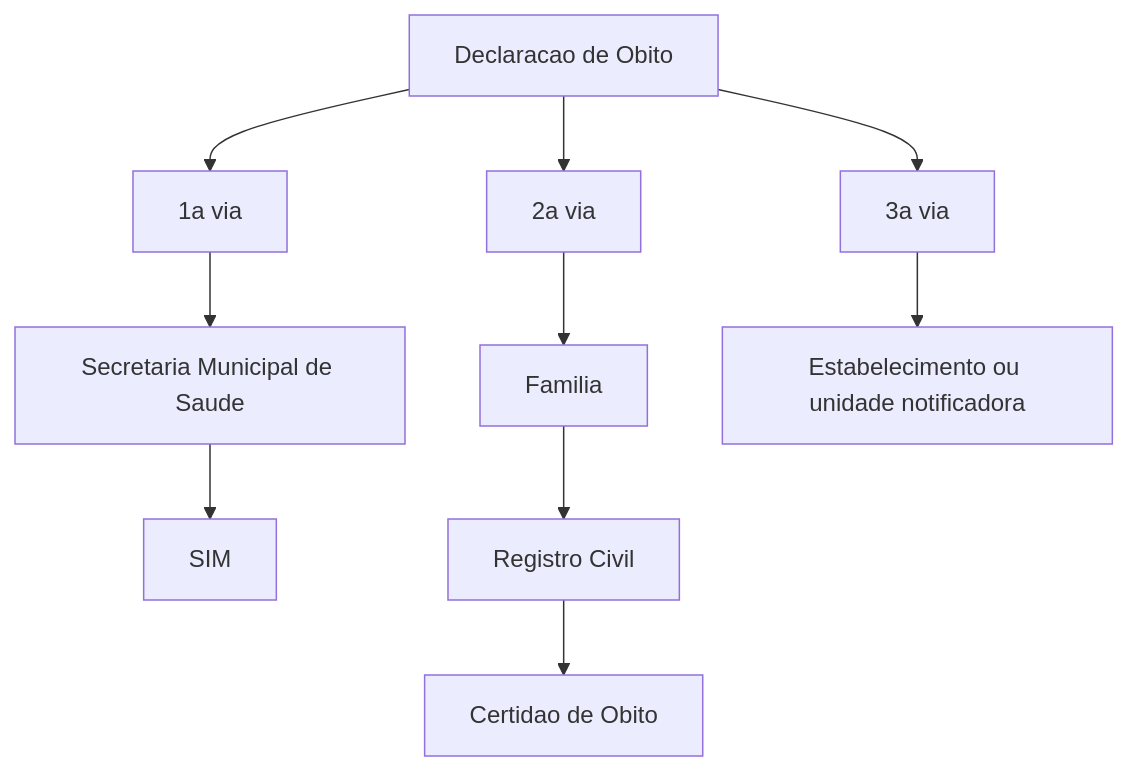
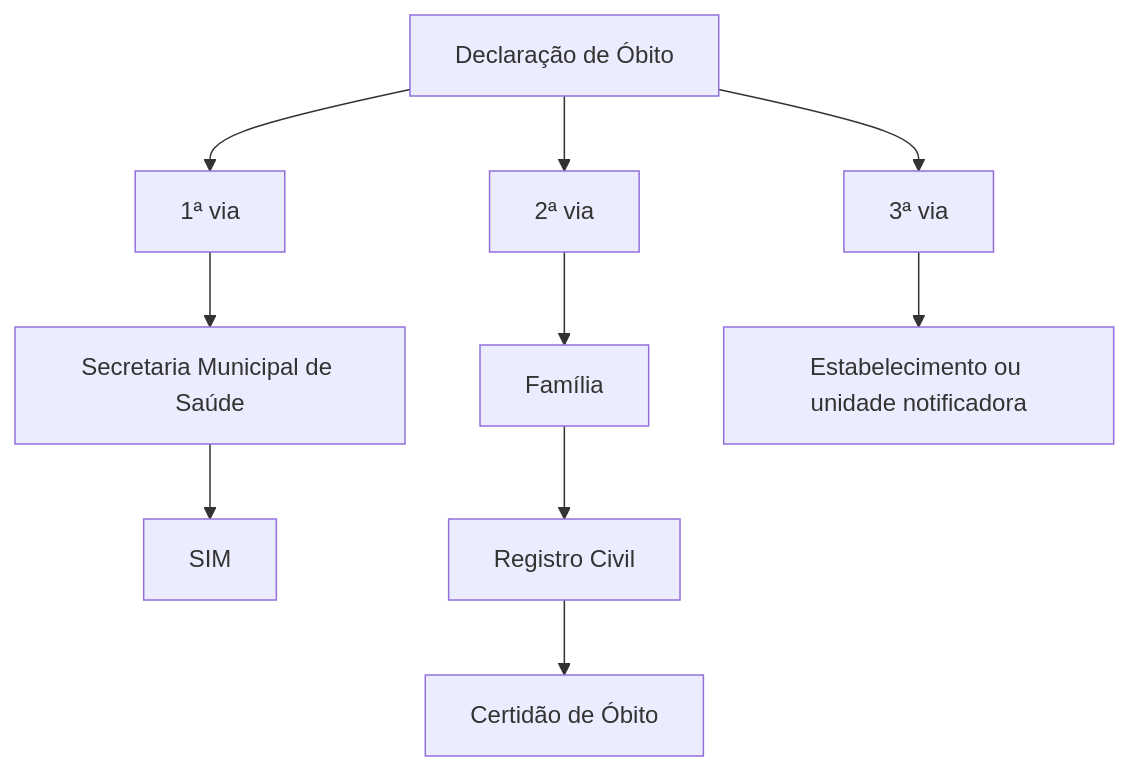
The diagram in sim.qmd (rfsaldanha/sis), drawn with Mermaid before and after one commit. The commit also changed other lines of this file and 65 other files, not shown here.

````diff
--- a/sim.qmd
+++ b/sim.qmd
@@ -119,17 +119,17 @@
 ```{mermaid}
 %%| fig-cap: "Fluxo de emissão e destinação das vias da Declaração de Óbito"
 %%| label: fig-sim-do
 flowchart TD
-  do[Declaracao de Obito] --> via1[1a via]
-  do --> via2[2a via]
-  do --> via3[3a via]
+  do[Declaração de Óbito] --> via1[1ª via]
+  do --> via2[2ª via]
+  do --> via3[3ª via]
 
-  via1 --> sms[Secretaria Municipal de Saude]
+  via1 --> sms[Secretaria Municipal de Saúde]
   sms --> sim[SIM]
 
-  via2 --> fam[Familia]
+  via2 --> fam[Família]
   fam --> rg[Registro Civil]
-  rg --> cert[Certidao de Obito]
+  rg --> cert[Certidão de Óbito]
 
   via3 --> es[Estabelecimento ou unidade notificadora]
 ```
````
